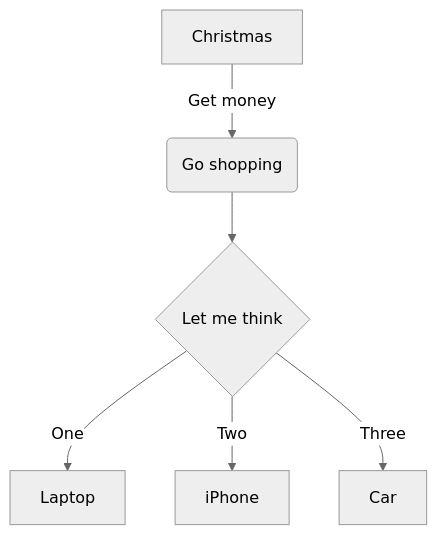
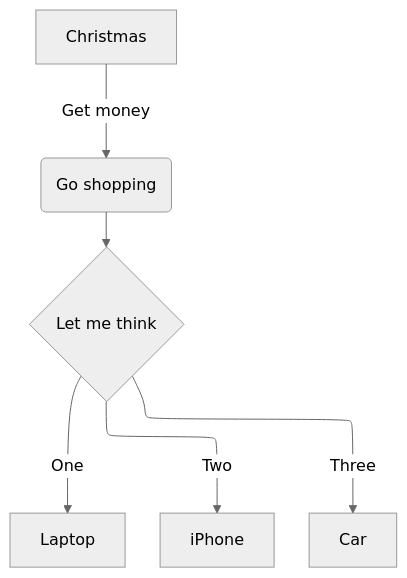
One commit to UnterrainerInformatik/safeLearn changed the second of 2 diagrams in md/test-md-file.md. Above: the diagram before and after it, drawn with Mermaid (neutral theme). The commit also changed 3 other files, not shown here.

Commit message:
add optional elk to mermaid layout

````diff
--- a/md/test-md-file.md
+++ b/md/test-md-file.md
@@ -48,8 +48,12 @@
 ```mermaid
+---
+config:
+  layout: elk
+---
 flowchart TD
 	A[Christmas] -->|Get money| B(Go shopping)
 	B --> C{Let me think}
 	C -->|One| D[Laptop]
 	C -->|Two| E[iPhone]
 	C -->|Three| F[Car]
 ```
````
